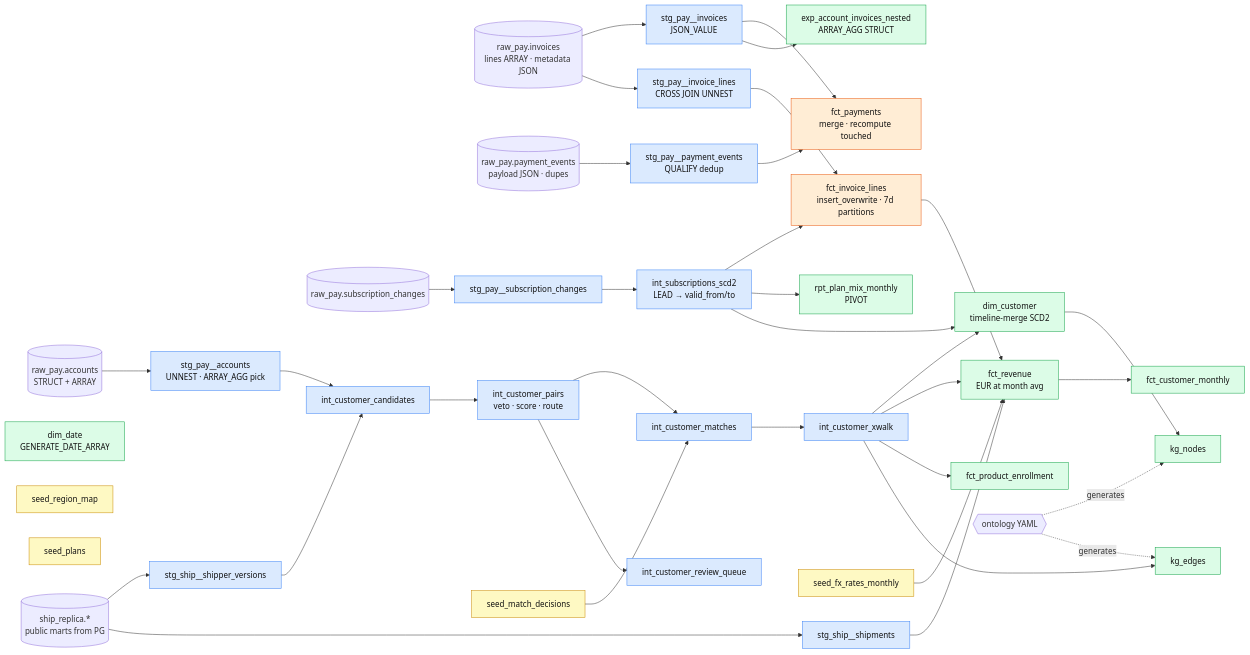
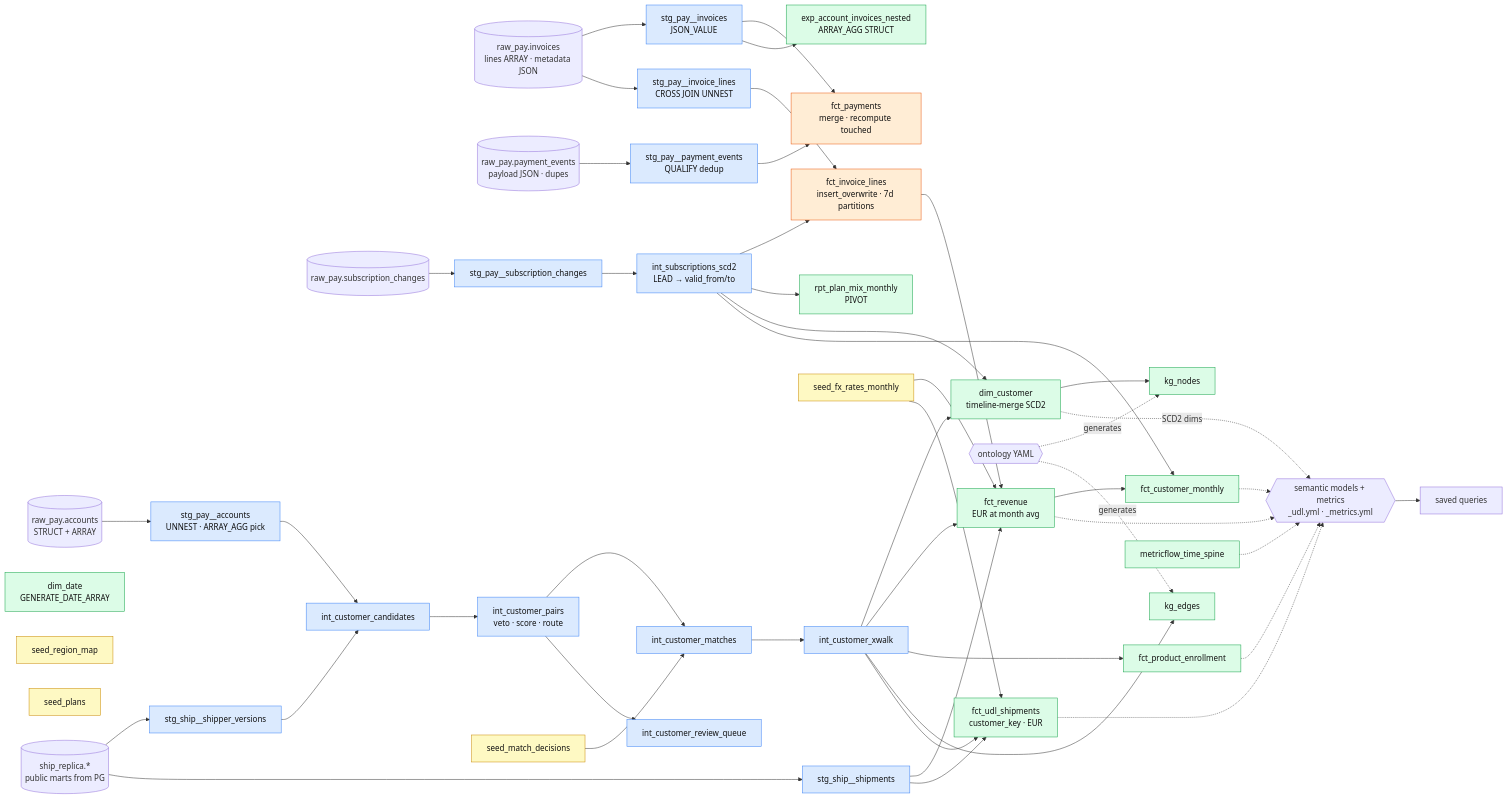
Before and after one commit to nachhh/rutagroup: the second of 2 diagrams in docs/diagrams/dbt-lineage.md, drawn with Mermaid. The commit also changed 18 other files, not shown here.

Commit message:
Phase 5: semantic layer with MetricFlow (latest YAML spec), cross-model ratio/derived/cumulative/conversion metrics, SCD2 semantic model, saved queries, command cheat sheet

````diff
--- a/docs/diagrams/dbt-lineage.md
+++ b/docs/diagrams/dbt-lineage.md
@@ -41,47 +41,62 @@
 ```mermaid
 flowchart LR
   classDef view fill:#dbeafe,stroke:#3b82f6,color:#111
   classDef table fill:#dcfce7,stroke:#16a34a,color:#111
   classDef inc fill:#ffedd5,stroke:#ea580c,color:#111
   classDef seed fill:#fef9c3,stroke:#ca8a04,color:#111
 
   acc[(raw_pay.accounts<br/>STRUCT + ARRAY)] --> stg_acc[stg_pay__accounts<br/>UNNEST · ARRAY_AGG pick]:::view
   inv[(raw_pay.invoices<br/>lines ARRAY · metadata JSON)] --> stg_inv[stg_pay__invoices<br/>JSON_VALUE]:::view
   inv --> stg_lines[stg_pay__invoice_lines<br/>CROSS JOIN UNNEST]:::view
   pev[(raw_pay.payment_events<br/>payload JSON · dupes)] --> stg_pev[stg_pay__payment_events<br/>QUALIFY dedup]:::view
   sub[(raw_pay.subscription_changes)] --> stg_sub[stg_pay__subscription_changes]:::view
   stg_sub --> scd2[int_subscriptions_scd2<br/>LEAD → valid_from/to]:::view
 
   stg_lines --> fil[fct_invoice_lines<br/>insert_overwrite · 7d partitions]:::inc
   scd2 --> fil
   stg_pev --> fpay[fct_payments<br/>merge · recompute touched]:::inc
   stg_inv --> fpay
   scd2 --> mix[rpt_plan_mix_monthly<br/>PIVOT]:::table
   stg_inv --> nested[exp_account_invoices_nested<br/>ARRAY_AGG STRUCT]:::table
   dd[dim_date<br/>GENERATE_DATE_ARRAY]:::table
   s1[seed_region_map]:::seed
   s2[seed_plans]:::seed
 
   %% Phase 4: UDL
   rep[(ship_replica.*<br/>public marts from PG)] --> stg_shipv[stg_ship__shipper_versions]:::view
   rep --> stg_shp[stg_ship__shipments]:::view
   stg_shipv --> cand[int_customer_candidates]:::view
   stg_acc --> cand
   cand --> pairs[int_customer_pairs<br/>veto · score · route]:::view
   pairs --> matches[int_customer_matches]:::view
   sd[seed_match_decisions]:::seed --> matches
   pairs --> queue[int_customer_review_queue]:::view
   matches --> xwalk[int_customer_xwalk]:::view
   xwalk --> dimc[dim_customer<br/>timeline-merge SCD2]:::table
   scd2 --> dimc
   xwalk --> frev[fct_revenue<br/>EUR at month avg]:::table
   fil --> frev
   stg_shp --> frev
   fx[seed_fx_rates_monthly]:::seed --> frev
   frev --> fcm[fct_customer_monthly]:::table
   xwalk --> enr[fct_product_enrollment]:::table
   onto{{ontology YAML}} -. generates .-> kgn[kg_nodes]:::table
   onto -. generates .-> kge[kg_edges]:::table
   dimc --> kgn
   xwalk --> kge
+
+  %% Phase 5: semantic layer
+  stg_shp --> fus[fct_udl_shipments<br/>customer_key · EUR]:::table
+  xwalk --> fus
+  fx --> fus
+  scd2 --> fcm
+  spine[metricflow_time_spine]:::table
+  sl{{semantic models + metrics<br/>_udl.yml · _metrics.yml}}
+  dimc -. SCD2 dims .-> sl
+  frev -.-> sl
+  fus -.-> sl
+  fcm -.-> sl
+  enr -.-> sl
+  spine -.-> sl
+  sl --> sq[saved queries]
 ```
````
